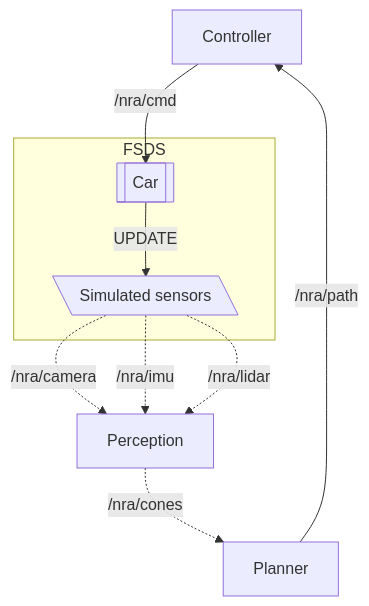
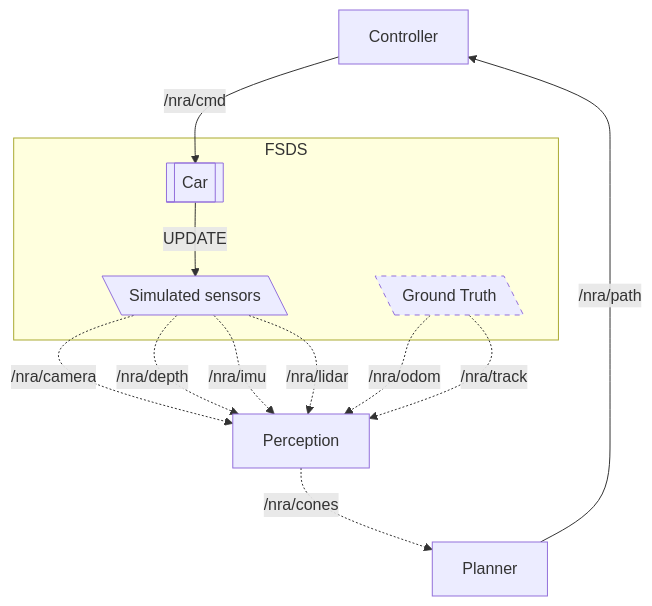
The second of 2 diagrams in README.md (NewcastleRacingAI/eufs_sim), drawn with Mermaid before and after one commit. The commit also changed other lines of this file, not shown here.

````diff
--- a/README.md
+++ b/README.md
@@ -115,20 +115,26 @@
 ```mermaid
 flowchart TD
     c[Controller]
     p[Perception]
     pl[Planner]
 
     subgraph FSDS
         ss[\Simulated sensors\]
+        gt[\Ground Truth\]:::gt
         v[[Car]]
     end
 
     ss -. /nra/camera .-> p
+    ss -. /nra/depth .-> p
     ss -. /nra/imu .-> p
     ss -. /nra/lidar .-> p
+    gt -. /nra/odom .-> p
+    gt -. /nra/track .-> p
     p -. /nra/cones .-> pl
     pl -- /nra/path --> c
     c -- /nra/cmd --> v
 
     v -- UPDATE --> ss
+
+classDef gt stroke-dasharray: 5px, 5px;
 ```
````
